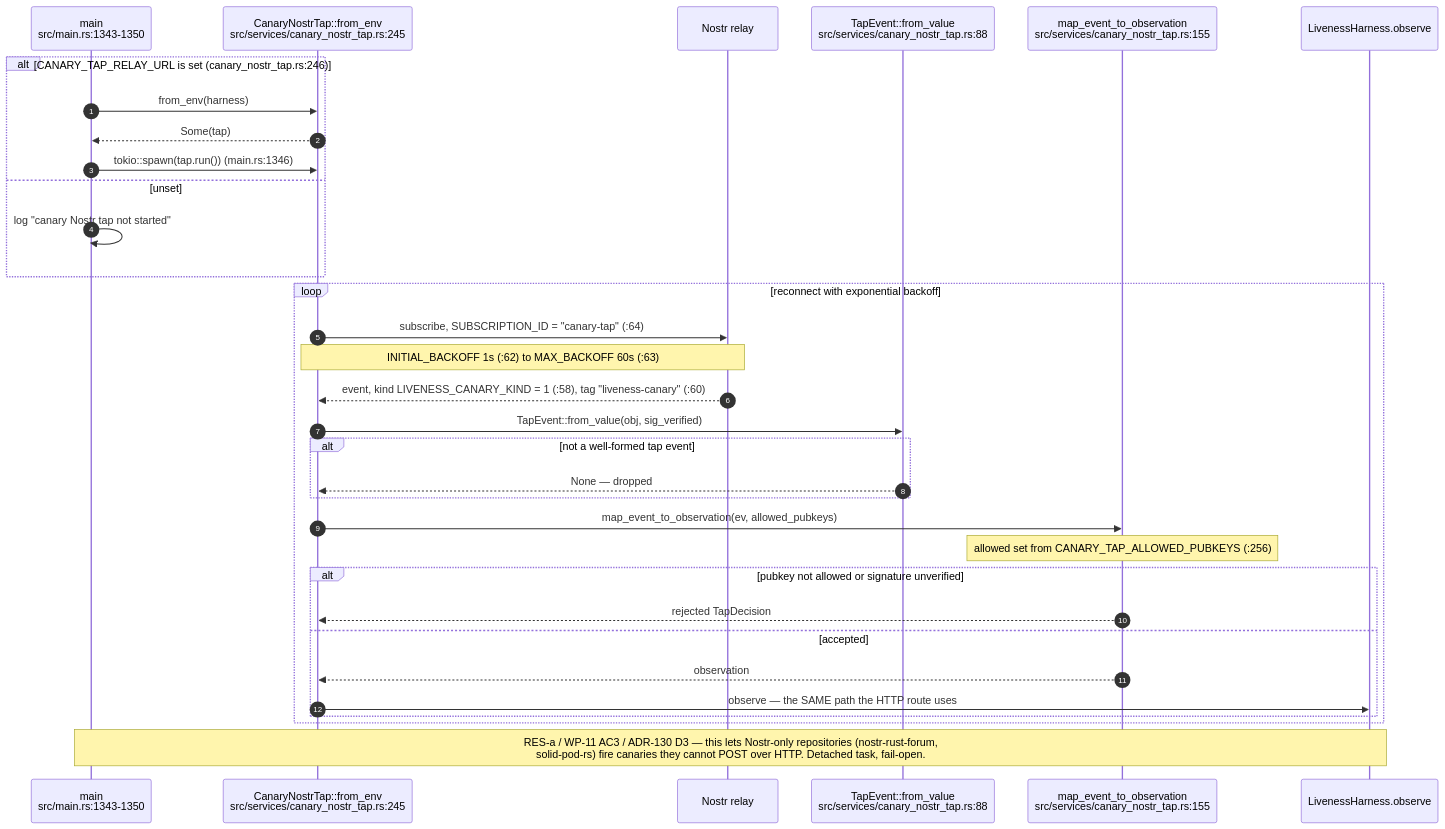
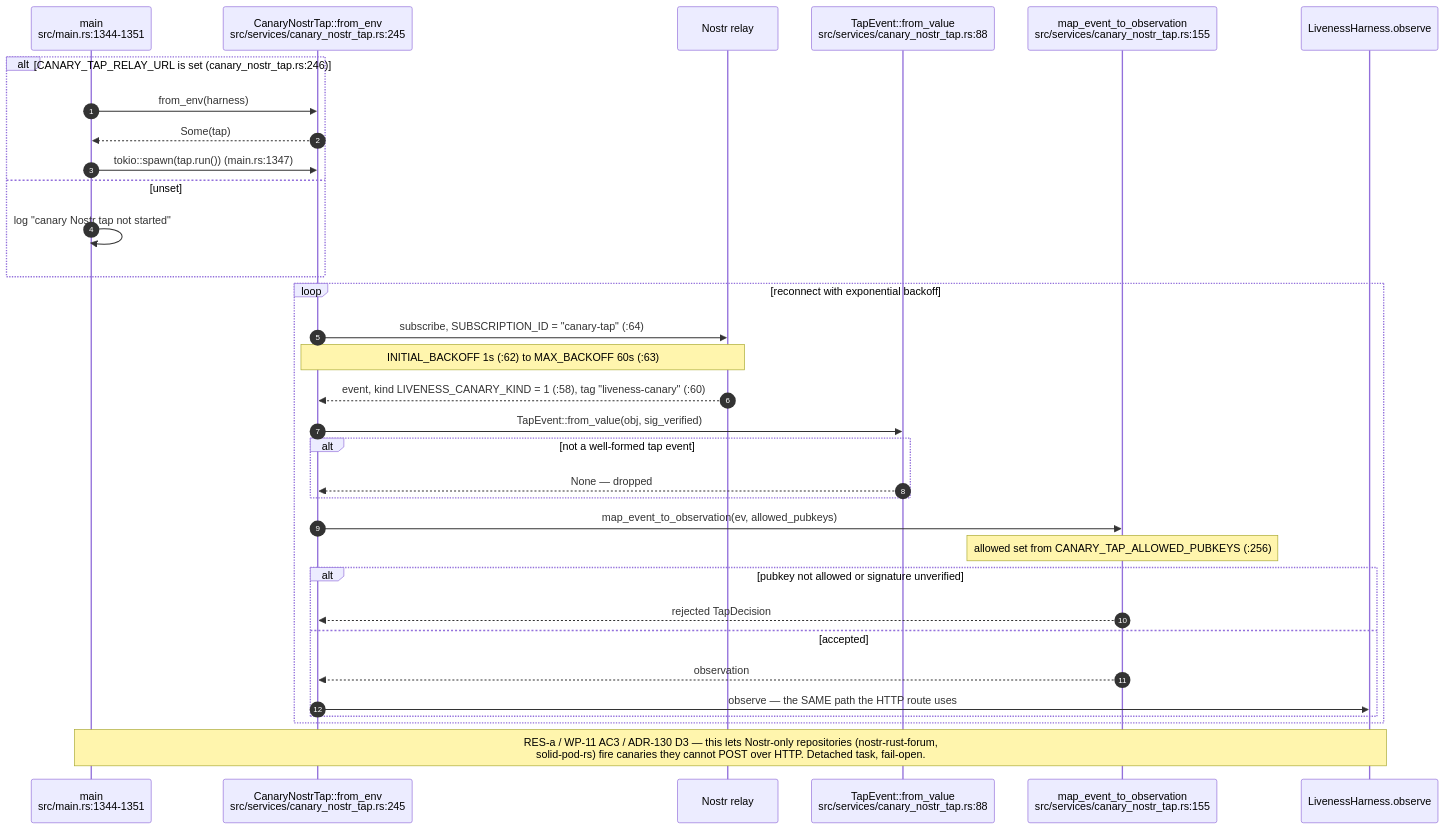
The fifth of 9 diagrams in docs/diagrams/visionclaw/08-observability-health-and-dev-loop.md (DreamLab-AI/VisionFlow), drawn with Mermaid before and after one commit. The commit also changed other lines of this file and 154 other files, not shown here.

First line of the commit message:
docs(diagrams): re-stamp 154 topics whose every citation still reads the same text at the current heads

````diff
--- a/docs/diagrams/visionclaw/08-observability-health-and-dev-loop.md
+++ b/docs/diagrams/visionclaw/08-observability-health-and-dev-loop.md
@@ -168,36 +168,36 @@
 ```mermaid
 sequenceDiagram
     autonumber
-    participant M as main<br/>src/main.rs:1343-1350
+    participant M as main<br/>src/main.rs:1344-1351
     participant T as CanaryNostrTap::from_env<br/>src/services/canary_nostr_tap.rs:245
     participant R as Nostr relay
     participant E as TapEvent::from_value<br/>src/services/canary_nostr_tap.rs:88
     participant D as map_event_to_observation<br/>src/services/canary_nostr_tap.rs:155
     participant LH as LivenessHarness.observe
 
     alt CANARY_TAP_RELAY_URL is set (canary_nostr_tap.rs:246)
         M->>T: from_env(harness)
         T-->>M: Some(tap)
-        M->>T: tokio::spawn(tap.run()) (main.rs:1346)
+        M->>T: tokio::spawn(tap.run()) (main.rs:1347)
     else unset
         M->>M: log "canary Nostr tap not started"
     end
     loop reconnect with exponential backoff
         T->>R: subscribe, SUBSCRIPTION_ID = "canary-tap" (:64)
         Note over T,R: INITIAL_BACKOFF 1s (:62) to MAX_BACKOFF 60s (:63)
         R-->>T: event, kind LIVENESS_CANARY_KIND = 1 (:58), tag "liveness-canary" (:60)
         T->>E: TapEvent::from_value(obj, sig_verified)
         alt not a well-formed tap event
             E-->>T: None — dropped
         end
         T->>D: map_event_to_observation(ev, allowed_pubkeys)
         Note over D: allowed set from CANARY_TAP_ALLOWED_PUBKEYS (:256)
         alt pubkey not allowed or signature unverified
             D-->>T: rejected TapDecision
         else accepted
             D-->>T: observation
             T->>LH: observe — the SAME path the HTTP route uses
         end
     end
     Note over M,LH: RES-a / WP-11 AC3 / ADR-130 D3 — this lets Nostr-only repositories (nostr-rust-forum,<br/>solid-pod-rs) fire canaries they cannot POST over HTTP. Detached task, fail-open.
 ```
````
